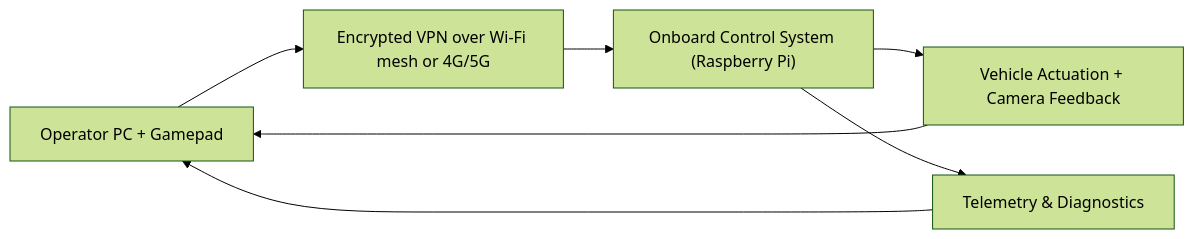
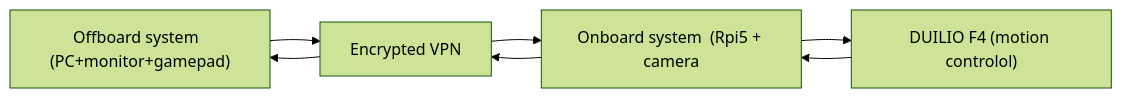
One commit to Giuliodori/DUILIO-FPV changed the diagram in README.md. Above: the diagram before and after it, drawn with Mermaid (forest theme). The commit also changed other lines of this file, not shown here.

Commit message:
Revise README for clarity and accuracy
Removed references to physical barriers and motor control methods for clarity. Updated flowchart and core flow descriptions for improved accuracy.

````diff
--- a/README.md
+++ b/README.md
@@ -47,9 +47,15 @@
 ```mermaid
 flowchart LR
-    A["Operator PC + Gamepad"] --> B["Encrypted VPN over Wi-Fi mesh or 4G/5G"]
-    B --> C["Onboard Control System (Raspberry Pi)"]
-    C --> D["Vehicle Actuation + Camera Feedback"]
-    D --> A
-    C --> E["Telemetry & Diagnostics"]
-    E --> A
+    A["Offboard system  (PC+monitor+gamepad)"]
+    B["Encrypted VPN"]
+    C["Onboard system  (Rpi5 + camera"]
+    D["DUILIO F4 (motion controlol)"]
+    A --> B
+    B --> A
+    B --> C
+    C --> B
+    D --> C
+    C --> D
+
+
 ```
````
